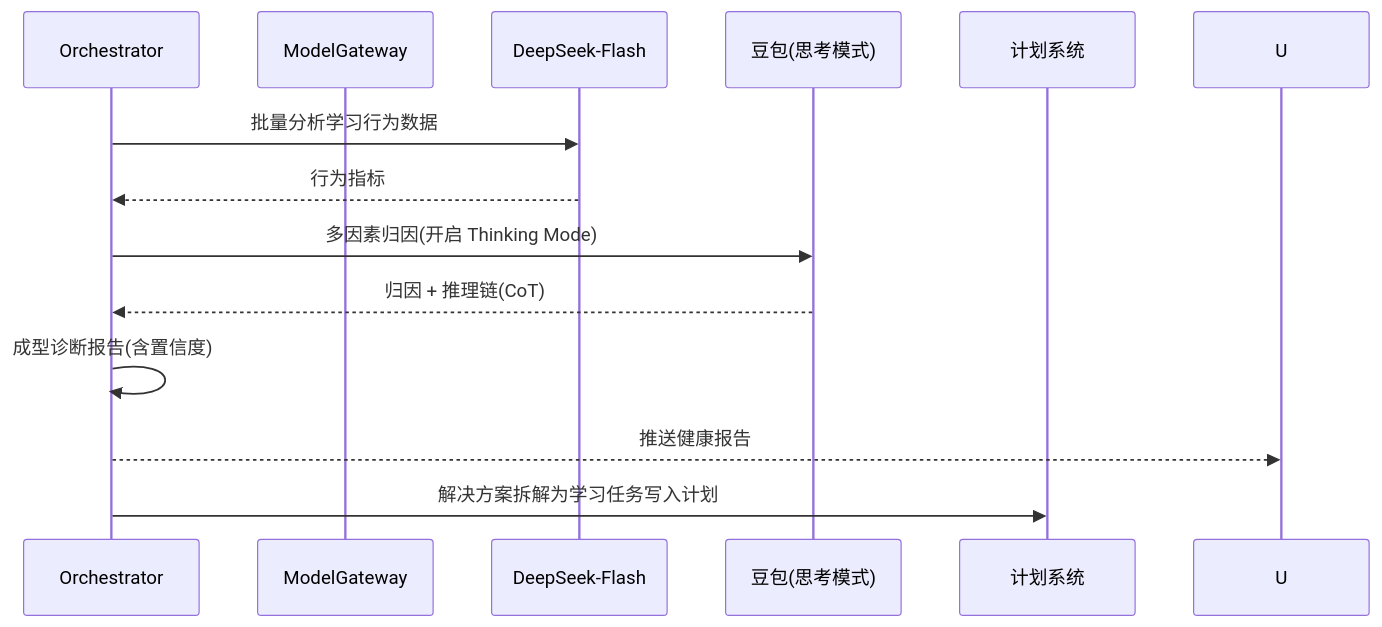
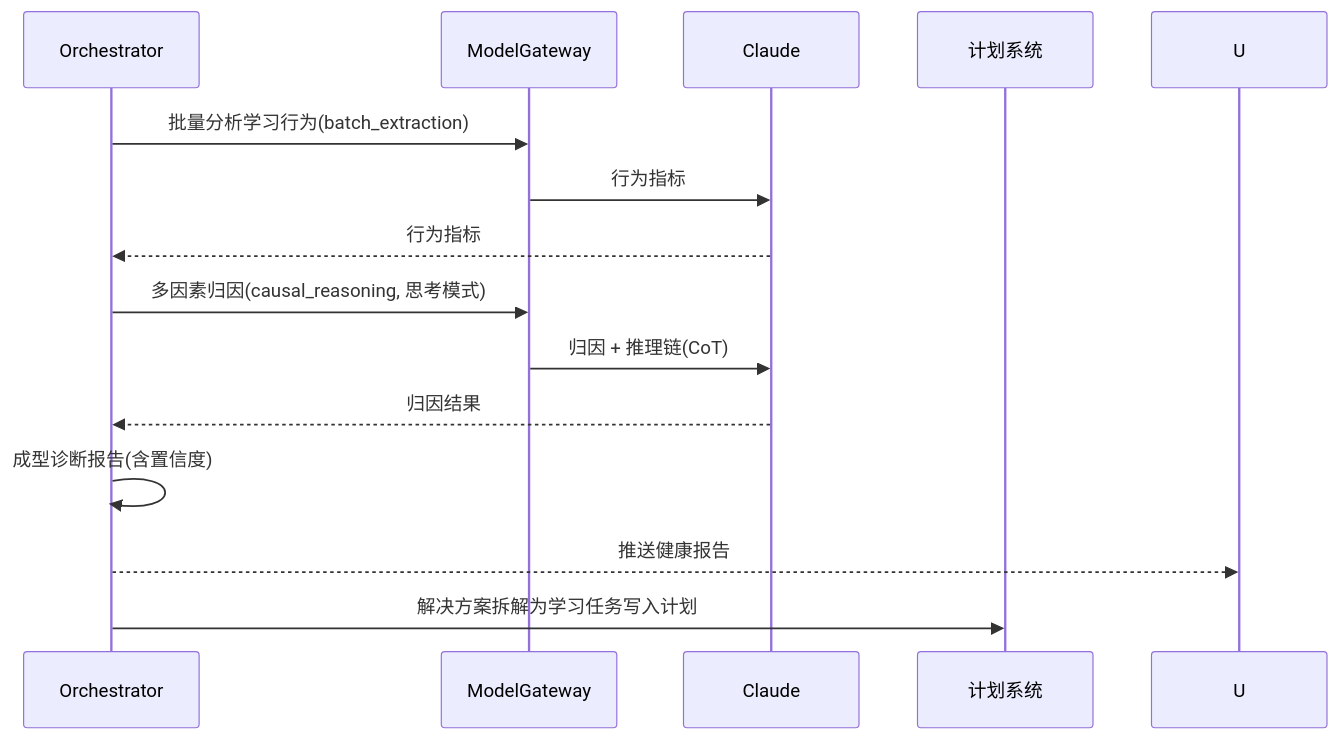
One commit to Curtainorange/knowledge-agent changed the seventh of 8 diagrams in docs/系统设计文档.md. Above: the diagram before and after it, drawn with Mermaid. The commit also changed other lines of this file and 1 other file, not shown here.

First line of the commit message:
docs: 需求分析与系统设计改为单一 Claude 模型架构

````diff
--- a/docs/系统设计文档.md
+++ b/docs/系统设计文档.md
@@ -526,16 +524,17 @@
 ```mermaid
 sequenceDiagram
     participant O as Orchestrator
     participant G as ModelGateway
-    participant DS as DeepSeek-Flash
-    participant DB as 豆包(思考模式)
+    participant M as Claude
     participant P as 计划系统
 
-    O->>DS: 批量分析学习行为数据
-    DS-->>O: 行为指标
-    O->>DB: 多因素归因(开启 Thinking Mode)
-    DB-->>O: 归因 + 推理链(CoT)
+    O->>G: 批量分析学习行为(batch_extraction)
+    G->>M: 行为指标
+    M-->>O: 行为指标
+    O->>G: 多因素归因(causal_reasoning, 思考模式)
+    G->>M: 归因 + 推理链(CoT)
+    M-->>O: 归因结果
     O->>O: 成型诊断报告(含置信度)
     O-->>U: 推送健康报告
     O->>P: 解决方案拆解为学习任务写入计划
 ```
````
